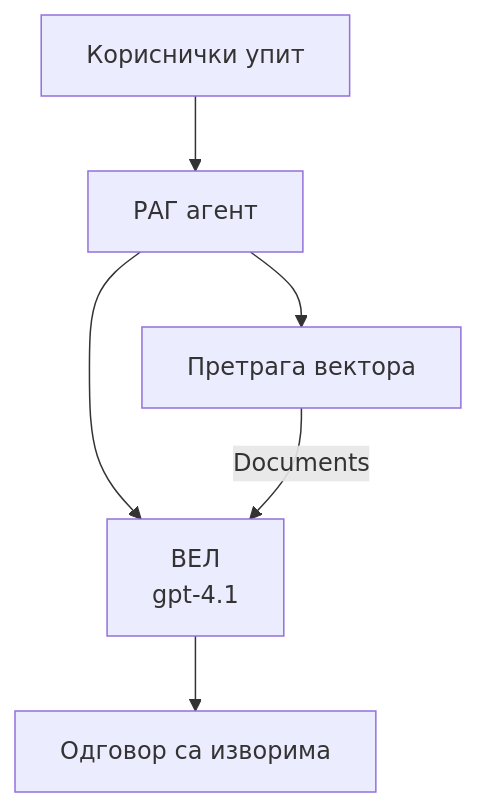
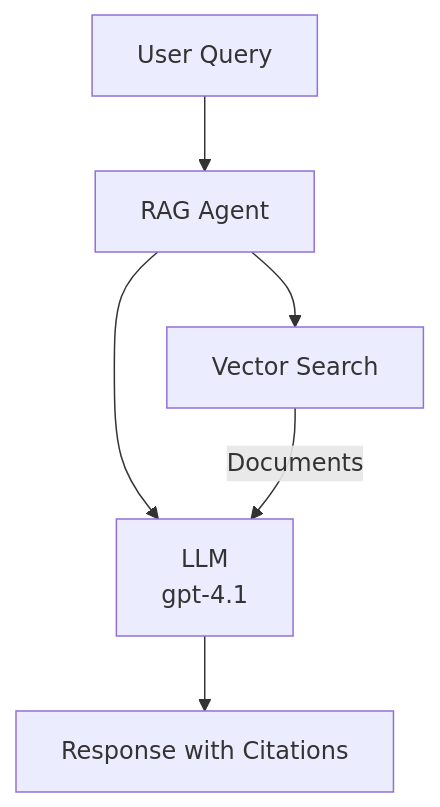
One commit to microsoft/AZD-for-beginners changed the second of 3 diagrams in translations/sr/docs/chapter-02-ai-development/agents.md. Above: the diagram before and after it, drawn with Mermaid. The commit also changed other lines of this file and 168 other files, not shown here.

````diff
--- a/translations/sr/docs/chapter-02-ai-development/agents.md
+++ b/translations/sr/docs/chapter-02-ai-development/agents.md
@@ -181,8 +178,8 @@
 ```mermaid
 graph TD
-    Query[Кориснички упит] --> RAG[РАГ агент]
-    RAG --> Vector[Претрага вектора]
-    RAG --> LLM[ВЕЛ<br/>gpt-4.1]
+    Query[User Query] --> RAG[RAG Agent]
+    RAG --> Vector[Vector Search]
+    RAG --> LLM[LLM<br/>gpt-4.1]
     Vector -- Documents --> LLM
-    LLM --> Response[Одговор са изворима]
+    LLM --> Response[Response with Citations]
 ```
````
